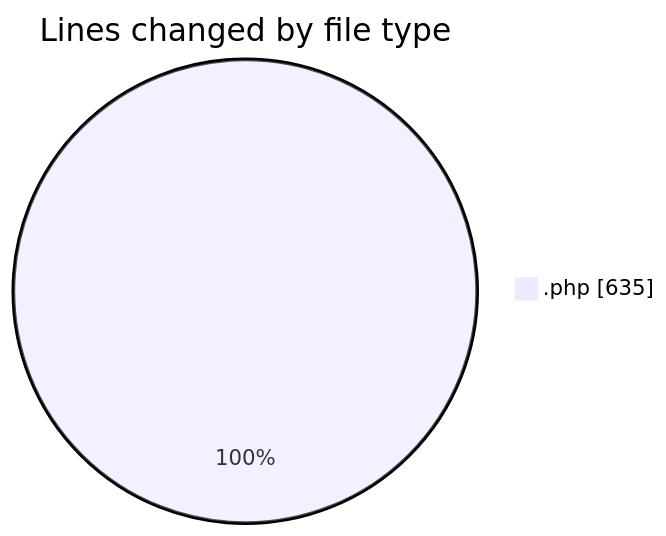
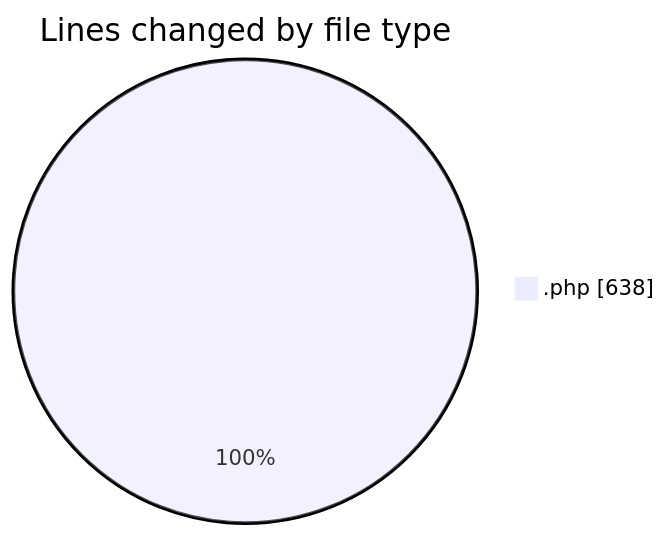
Before and after one commit to debugP/code-tracking: the first of 2 diagrams in 2026-08-06/untitled__workspace_/README.md, drawn with Mermaid. The commit also changed other lines of this file and 1 other file, not shown here.

````diff
--- a/2026-08-06/untitled__workspace_/README.md
+++ b/2026-08-06/untitled__workspace_/README.md
@@ -20,5 +20,5 @@
 ```mermaid
 pie showData
 title Lines changed by file type
-".php" : 635
+".php" : 638
 ```
````
